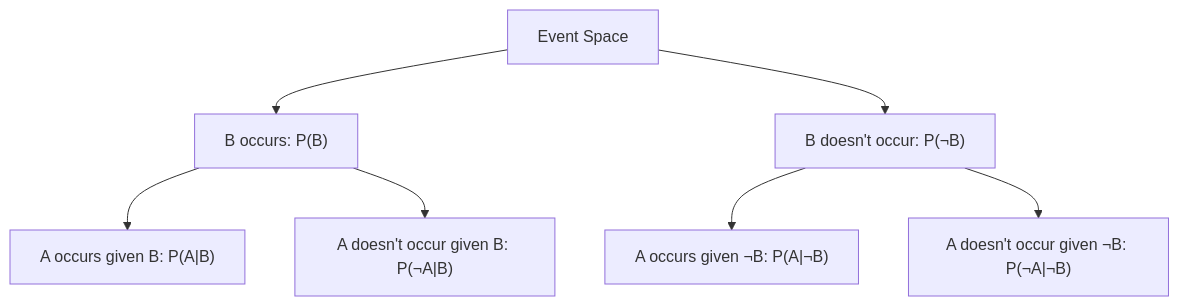
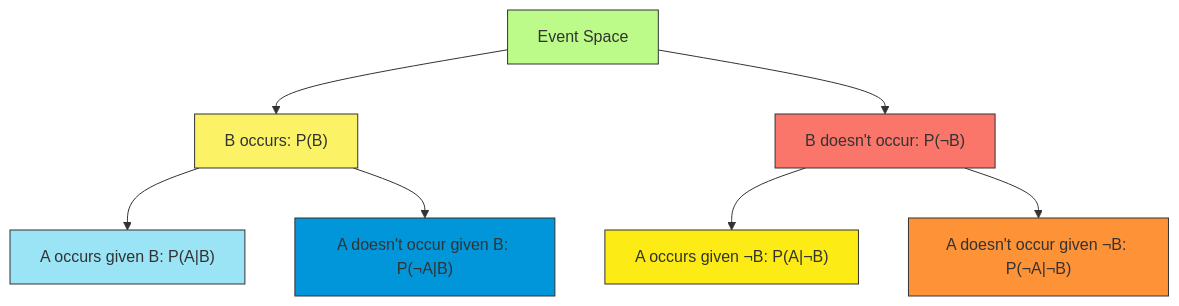
The first of 23 diagrams in C_2.md (Chaklader/part-of-speech-tagging), drawn with Mermaid before and after one commit.

````diff
--- a/C_2.md
+++ b/C_2.md
@@ -60,9 +60,17 @@
 ```mermaid
 graph TD
     A["Event Space"] --> B["B occurs: P(B)"]
     A --> C["B doesn't occur: P(¬B)"]
     B --> D["A occurs given B: P(A|B)"]
     B --> E["A doesn't occur given B: P(¬A|B)"]
     C --> F["A occurs given ¬B: P(A|¬B)"]
     C --> G["A doesn't occur given ¬B: P(¬A|¬B)"]
+
+  style A fill:#BCFB89,stroke:#333,stroke-width:1px
+  style B fill:#FBF266,stroke:#333,stroke-width:1px
+  style C fill:#FA756A,stroke:#333,stroke-width:1px
+  style D fill:#9AE4F5,stroke:#333,stroke-width:1px
+  style E fill:#0096D9,stroke:#333,stroke-width:1px
+  style F fill:#FCEB14,stroke:#333,stroke-width:1px
+  style G fill:#FE9237,stroke:#333,stroke-width:1px
 ```
````
